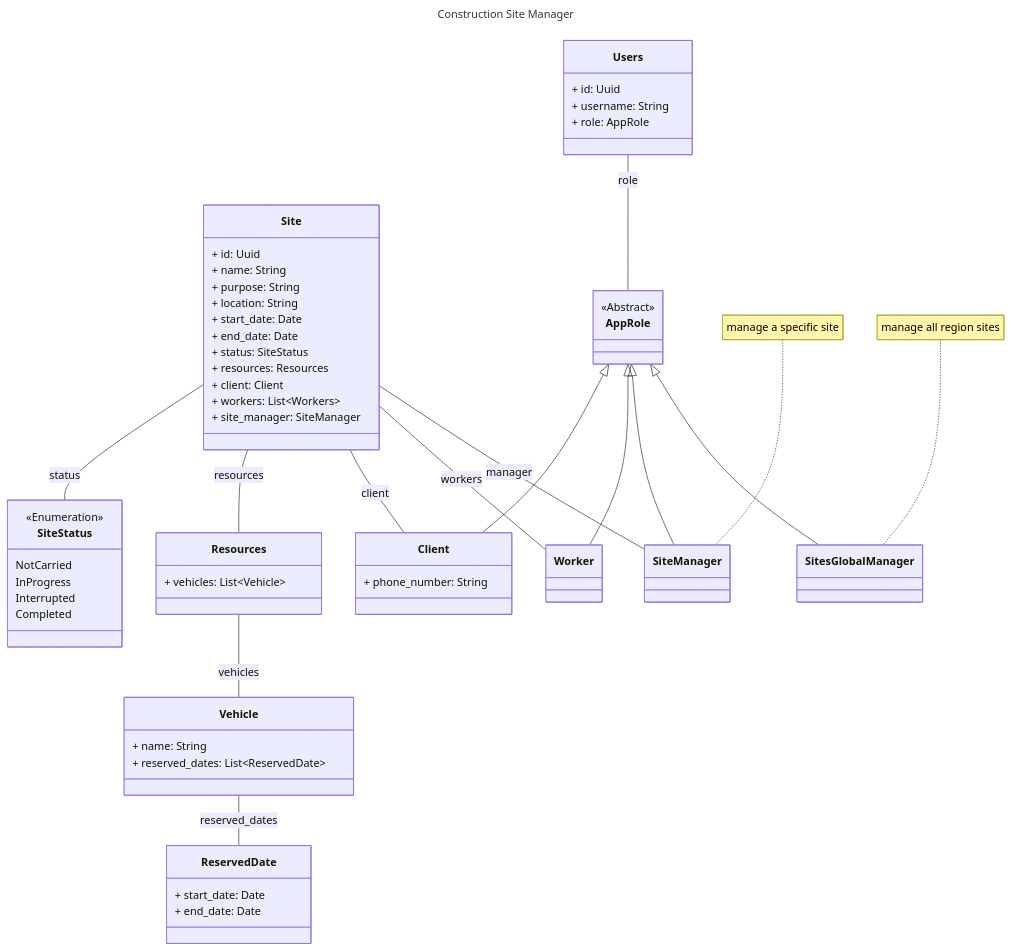
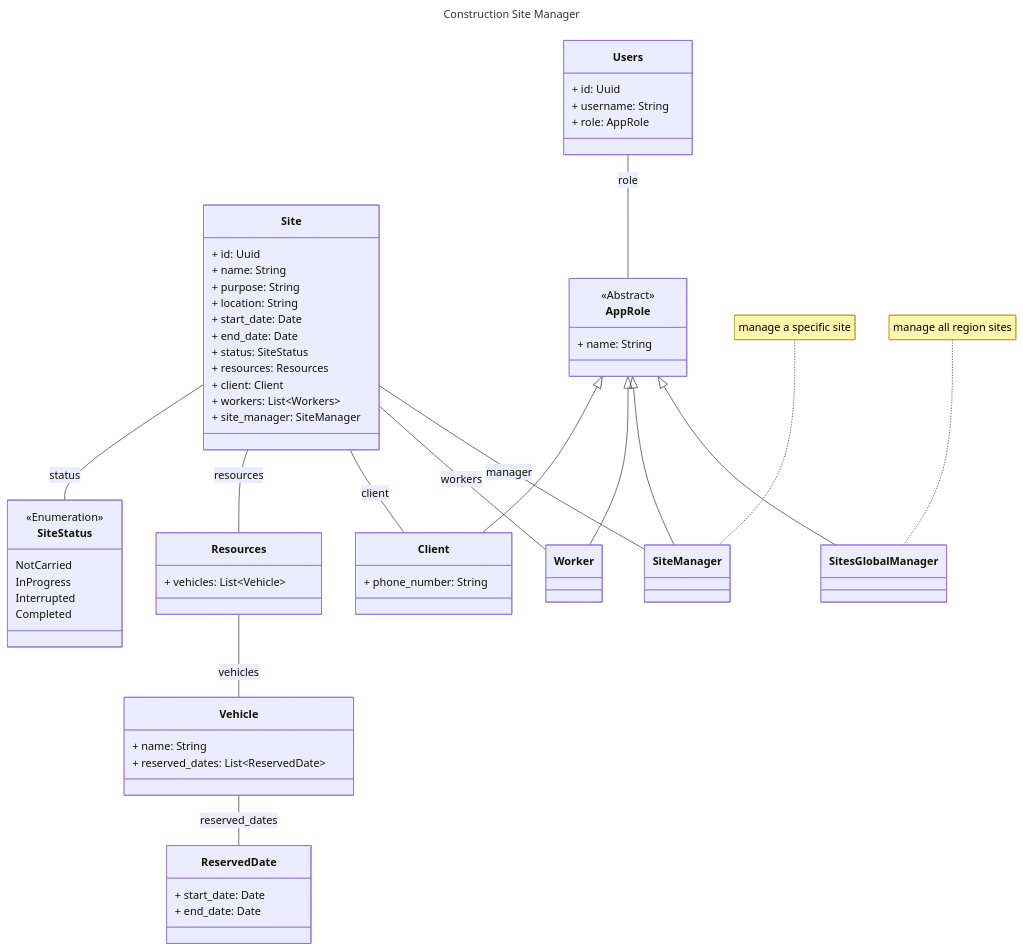
The diagram in README.md (Wabtey/mmm_construction_site_manager_back), drawn with Mermaid before and after one commit. The commit also changed 20 other files, not shown here.

```diff
--- a/README.md
+++ b/README.md
@@ -104,6 +104,7 @@
 
     class AppRole {
         <<Abstract>>
+        + name: String
     }
 
     class Users {
```
